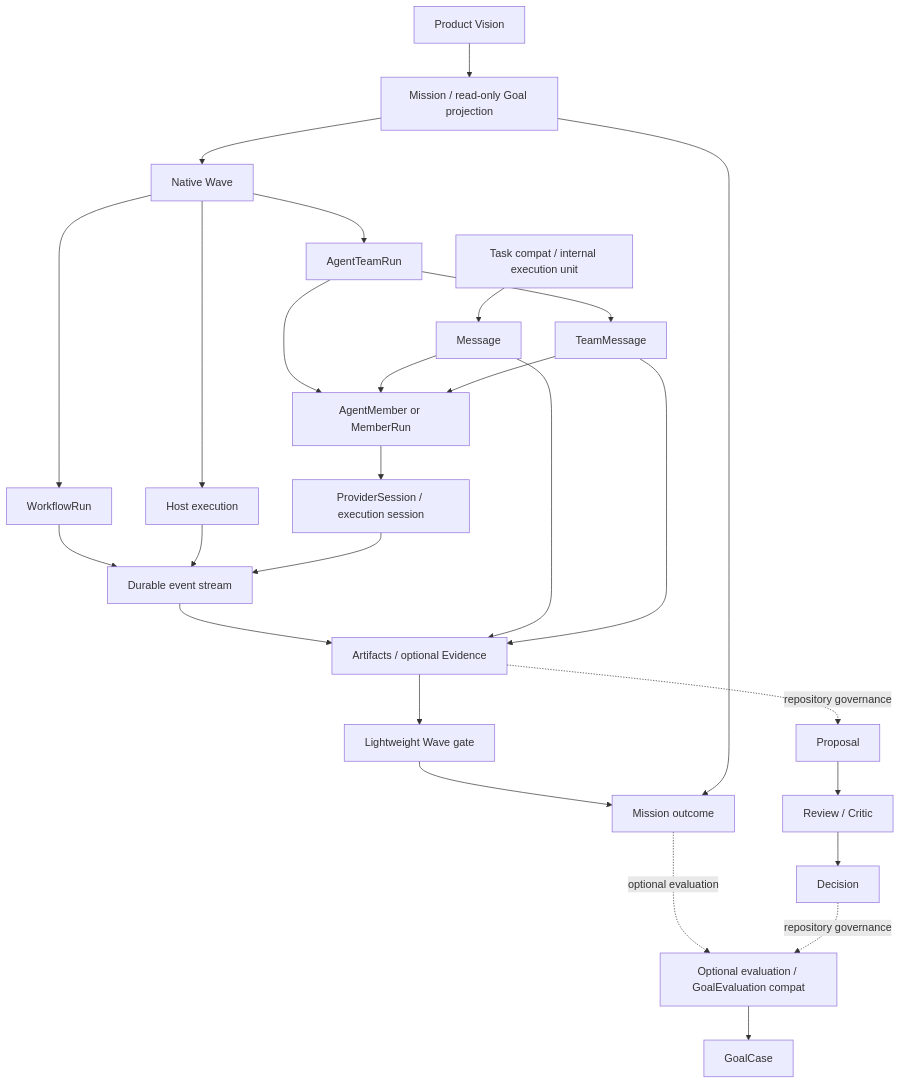
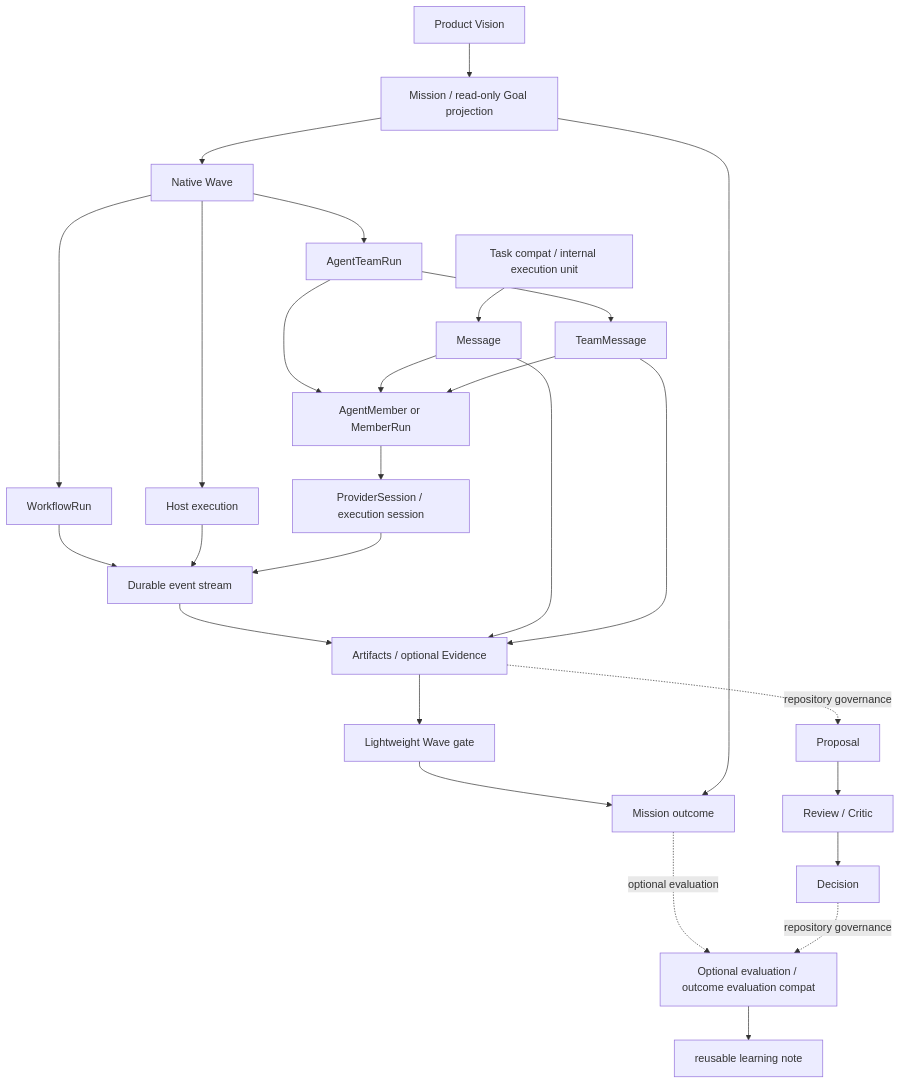
One commit to cyl19970726/multi-agent-harness changed the diagram in docs/concept-model.md. Above: the diagram before and after it, drawn with Mermaid. The commit also changed other lines of this file and 485 other files, not shown here.

````diff
--- a/docs/concept-model.md
+++ b/docs/concept-model.md
@@ -40,50 +40,50 @@
 ```mermaid
 flowchart TD
   Vision[Product Vision]
   Mission[Mission / read-only Goal projection]
   Wave[Native Wave]
   TeamRun[AgentTeamRun]
   WorkflowRun[WorkflowRun]
   HostExec[Host execution]
   Task[Task compat / internal execution unit]
   Message[Message]
   TeamMessage[TeamMessage]
   Member[AgentMember or MemberRun]
   Provider[ProviderSession / execution session]
   Event[Durable event stream]
   Evidence[Artifacts / optional Evidence]
   Gate[Lightweight Wave gate]
   Outcome[Mission outcome]
   Proposal[Proposal]
   Review[Review / Critic]
   Decision[Decision]
-  Eval[Optional evaluation / GoalEvaluation compat]
-  Case[GoalCase]
+  Eval[Optional evaluation / outcome evaluation compat]
+  Case[reusable learning note]
 
   Vision --> Mission
   Mission --> Wave
   Wave --> TeamRun
   Wave --> WorkflowRun
   Wave --> HostExec
   TeamRun --> TeamMessage
   TeamRun --> Member
   WorkflowRun --> Event
   HostExec --> Event
   Task --> Message
   Message --> Member
   TeamMessage --> Member
   Member --> Provider
   Provider --> Event
   Event --> Evidence
   Message --> Evidence
   TeamMessage --> Evidence
   Evidence --> Gate
   Gate --> Outcome
   Mission --> Outcome
   Outcome -. optional evaluation .-> Eval
   Evidence -. repository governance .-> Proposal
   Proposal --> Review
   Review --> Decision
   Decision -. repository governance .-> Eval
   Eval --> Case
 ```
````
